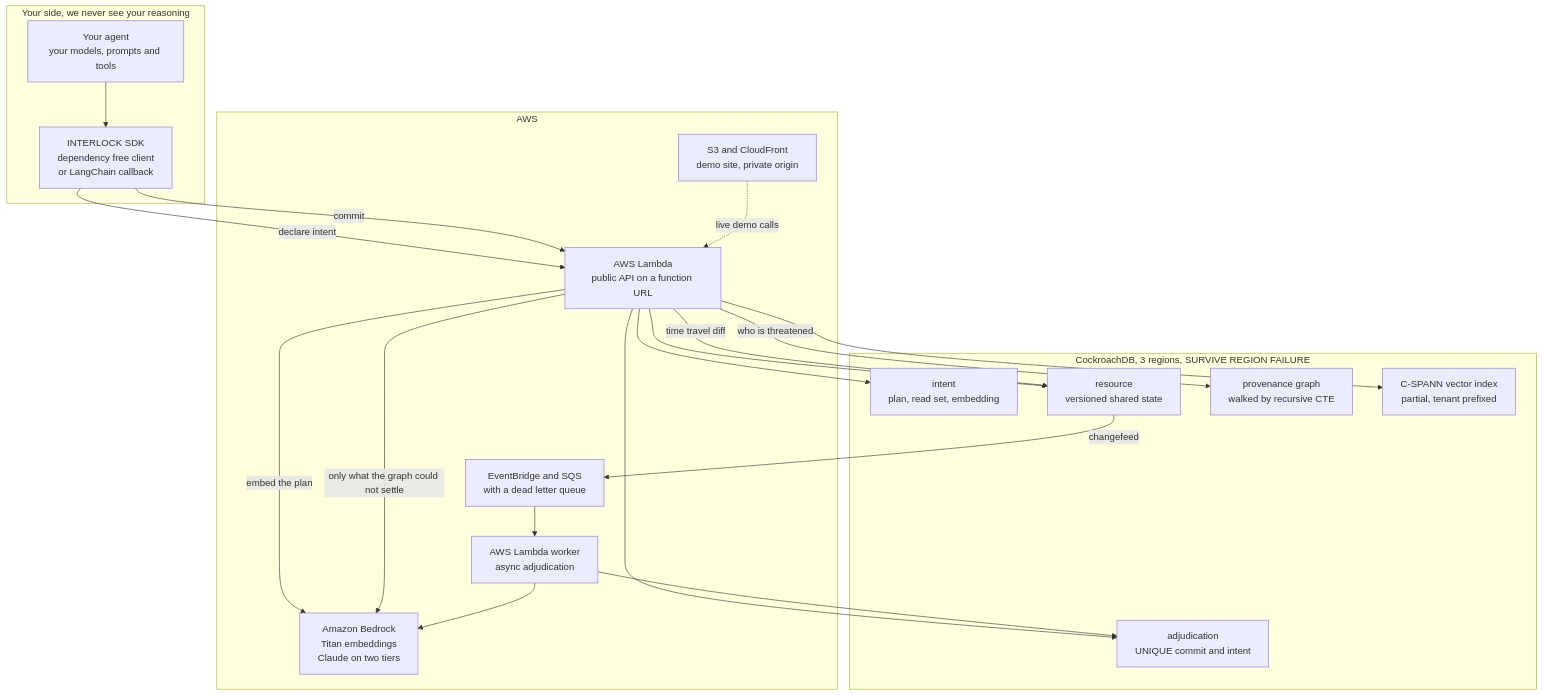
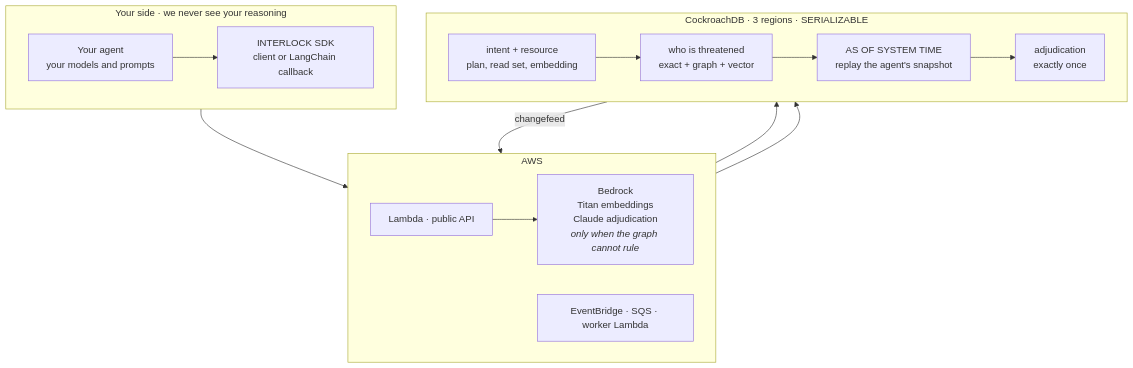
Before and after one commit to usv240/interlock: the second of 2 diagrams in README.md, drawn with Mermaid. The commit also changed other lines of this file and 6 other files, not shown here.

First line of the commit message:
Correct stale figures, add architecture diagram, simplify the flowchart

````diff
--- a/README.md
+++ b/README.md
@@ -141,40 +141,27 @@
 ```mermaid
 flowchart TB
-    subgraph yours["Your side, we never see your reasoning"]
-        AGENT["Your agent<br/>your models, prompts and tools"]
-        SDK["INTERLOCK SDK<br/>dependency free client<br/>or LangChain callback"]
-        AGENT --> SDK
+    subgraph yours["Your side · we never see your reasoning"]
+        direction LR
+        AGENT["Your agent<br/>your models and prompts"] --> SDK["INTERLOCK SDK<br/>client or LangChain callback"]
     end
 
     subgraph aws["AWS"]
-        API["AWS Lambda<br/>public API on a function URL"]
-        WORKER["AWS Lambda worker<br/>async adjudication"]
-        QUEUE["EventBridge and SQS<br/>with a dead letter queue"]
-        BEDROCK["Amazon Bedrock<br/>Titan embeddings<br/>Claude on two tiers"]
-        SITE["S3 and CloudFront<br/>demo site, private origin"]
+        direction LR
+        API["Lambda · public API"]
+        BEDROCK["Bedrock<br/>Titan embeddings<br/>Claude adjudication<br/><i>only when the graph cannot rule</i>"]
+        ASYNC["EventBridge · SQS · worker Lambda"]
     end
 
-    subgraph crdb["CockroachDB, 3 regions, SURVIVE REGION FAILURE"]
-        INTENT["intent<br/>plan, read set, embedding"]
-        RES["resource<br/>versioned shared state"]
-        GRAPH["provenance graph<br/>walked by recursive CTE"]
-        VEC["C-SPANN vector index<br/>partial, tenant prefixed"]
-        ADJ["adjudication<br/>UNIQUE commit and intent"]
+    subgraph crdb["CockroachDB · 3 regions · SERIALIZABLE"]
+        direction LR
+        MEM["intent + resource<br/>plan, read set, embedding"] --> DETECT["who is threatened<br/>exact + graph + vector"]
+        DETECT --> TIME["AS OF SYSTEM TIME<br/>replay the agent's snapshot"]
+        TIME --> ADJ["adjudication<br/>exactly once"]
     end
 
-    SDK -->|declare intent| API
-    SDK -->|commit| API
-    API -->|embed the plan| BEDROCK
-    API --> INTENT
-    API --> RES
-    API -->|who is threatened| GRAPH
-    API --> VEC
-    API -->|time travel diff| RES
-    API -->|only what the graph could not settle| BEDROCK
-    API --> ADJ
-    RES -->|changefeed| QUEUE
-    QUEUE --> WORKER
-    WORKER --> BEDROCK
-    WORKER --> ADJ
-    SITE -.->|live demo calls| API
+    SDK --> API
+    API --> MEM
+    API --> BEDROCK
+    MEM -->|changefeed| ASYNC
+    ASYNC --> ADJ
 ```
````
